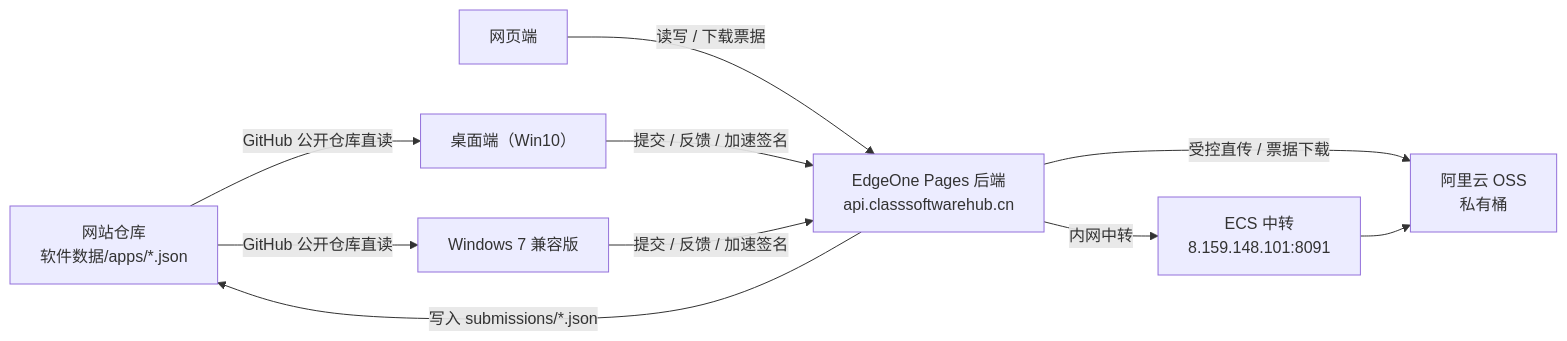
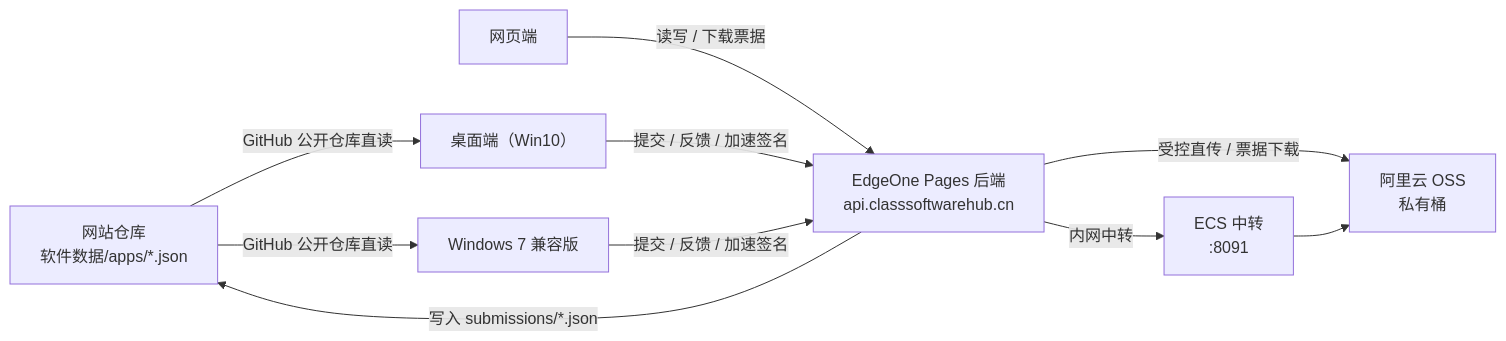
One commit to c1201y/classsoftwarehub-docs changed the diagram in docs/doc/overview.md. Above: the diagram before and after it, drawn with Mermaid. The commit also changed other lines of this file and 43 other files, not shown here.

````diff
--- a/docs/doc/overview.md
+++ b/docs/doc/overview.md
@@ -57,12 +57,12 @@
 ```mermaid
 graph LR
     A["网站仓库<br/>软件数据/apps/*.json"] -->|"GitHub 公开仓库直读"| B["桌面端（Win10）"]
     A -->|"GitHub 公开仓库直读"| C["Windows 7 兼容版"]
     W["网页端"] -->|"读写 / 下载票据"| API["EdgeOne Pages 后端<br/>api.classsoftwarehub.cn"]
     B -->|"提交 / 反馈 / 加速签名"| API
     C -->|"提交 / 反馈 / 加速签名"| API
     API -->|"写入 submissions/*.json"| A
     API -->|"受控直传 / 票据下载"| OSS["阿里云 OSS<br/>私有桶"]
-    API -->|"内网中转"| ECS["ECS 中转<br/>8.159.148.101:8091"]
+    API -->|"内网中转"| ECS["ECS 中转<br/>:8091"]
     ECS --> OSS
 ```
````
